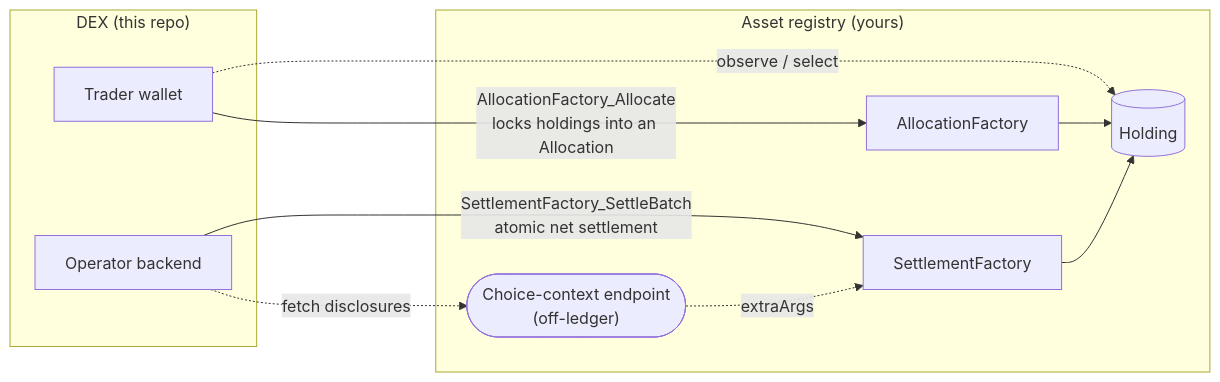
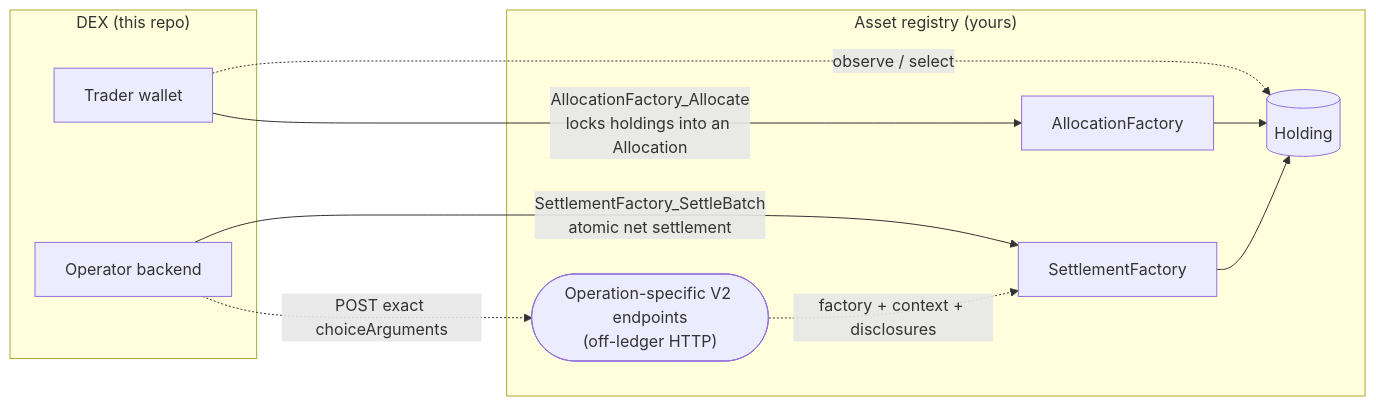
The diagram in docs/guides/registry-integration.md (srikanth-bitdynamics/Canton-Dex-Reference-Implementation), drawn with Mermaid before and after one commit. The commit also changed other lines of this file and 173 other files, not shown here.

````diff
--- a/docs/guides/registry-integration.md
+++ b/docs/guides/registry-integration.md
@@ -15,20 +15,20 @@
 ```mermaid
 flowchart LR
   subgraph DEX["DEX (this repo)"]
     W["Trader wallet"]
     OB["Operator backend"]
   end
   subgraph REG["Asset registry (yours)"]
     AF["AllocationFactory"]
     SF["SettlementFactory"]
     H[("Holding")]
-    CC(["Choice-context endpoint<br/>(off-ledger)"])
+    CC(["Operation-specific V2 endpoints<br/>(off-ledger HTTP)"])
   end
   W -->|"AllocationFactory_Allocate<br/>locks holdings into an Allocation"| AF
   OB -->|"SettlementFactory_SettleBatch<br/>atomic net settlement"| SF
   W -.->|"observe / select"| H
   AF --> H
   SF --> H
-  OB -.->|"fetch disclosures"| CC
-  CC -.->|"extraArgs"| SF
+  OB -.->|"POST exact choiceArguments"| CC
+  CC -.->|"factory + context + disclosures"| SF
 ```
````
